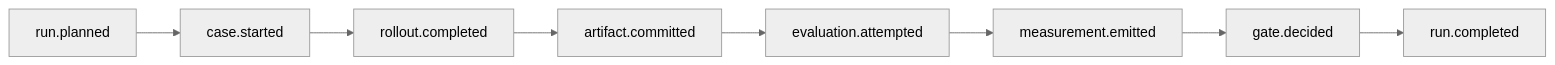
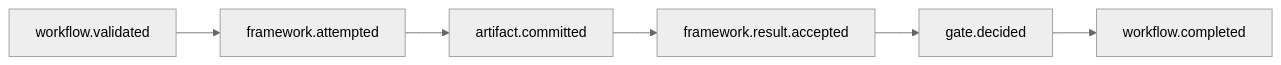
One commit to softprobe/document-website changed the third of 3 diagrams in en/evaluation/architecture/execution-dag.md. Above: the diagram before and after it, drawn with Mermaid (neutral theme). The commit also changed other lines of this file and 57 other files, not shown here.

````diff
--- a/en/evaluation/architecture/execution-dag.md
+++ b/en/evaluation/architecture/execution-dag.md
@@ -74,12 +68,10 @@
 ```mermaid
 flowchart LR
-  E1[run.planned]
-  E2[case.started]
-  E3[rollout.completed]
-  E4[artifact.committed]
-  E5[evaluation.attempted]
-  E6[measurement.emitted]
-  E7[gate.decided]
-  E8[run.completed]
-  E1 --> E2 --> E3 --> E4 --> E5 --> E6 --> E7 --> E8
+  E1[workflow.validated]
+  E2[framework.attempted]
+  E3[artifact.committed]
+  E4[framework.result.accepted]
+  E5[gate.decided]
+  E6[workflow.completed]
+  E1 --> E2 --> E3 --> E4 --> E5 --> E6
 ```
````
